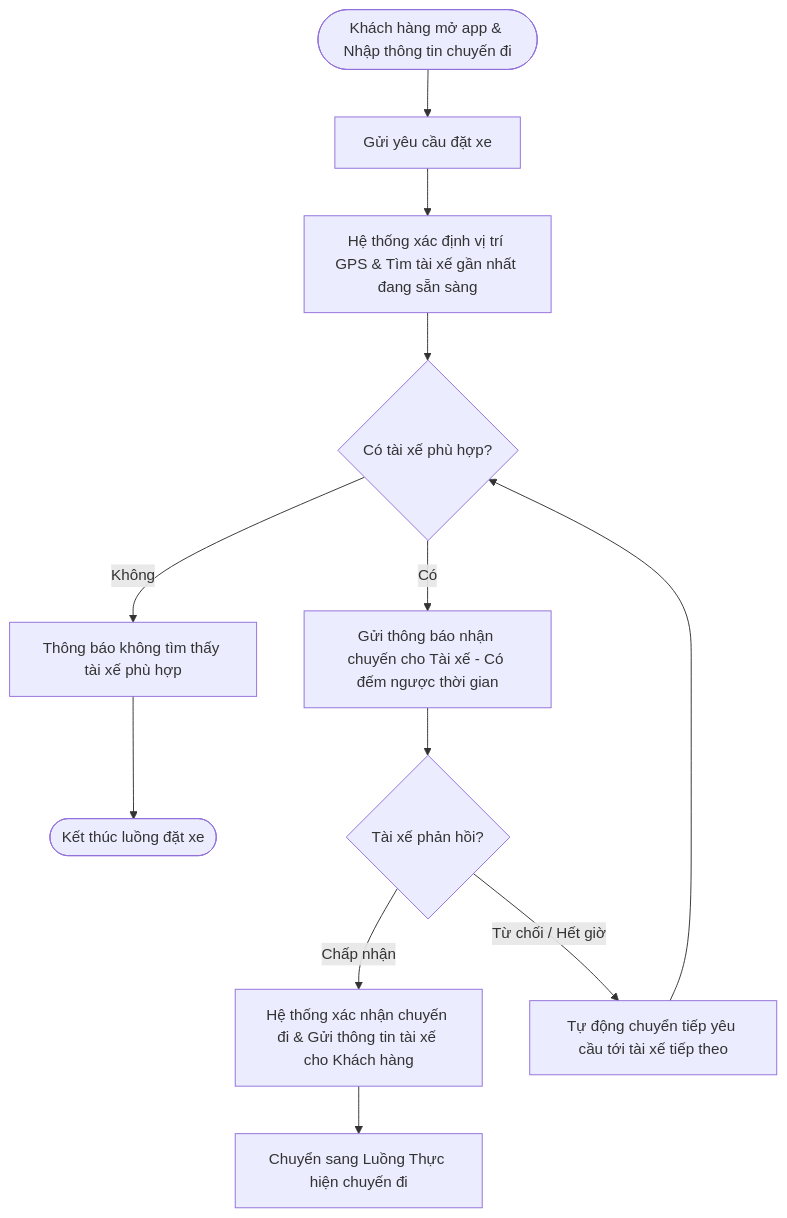
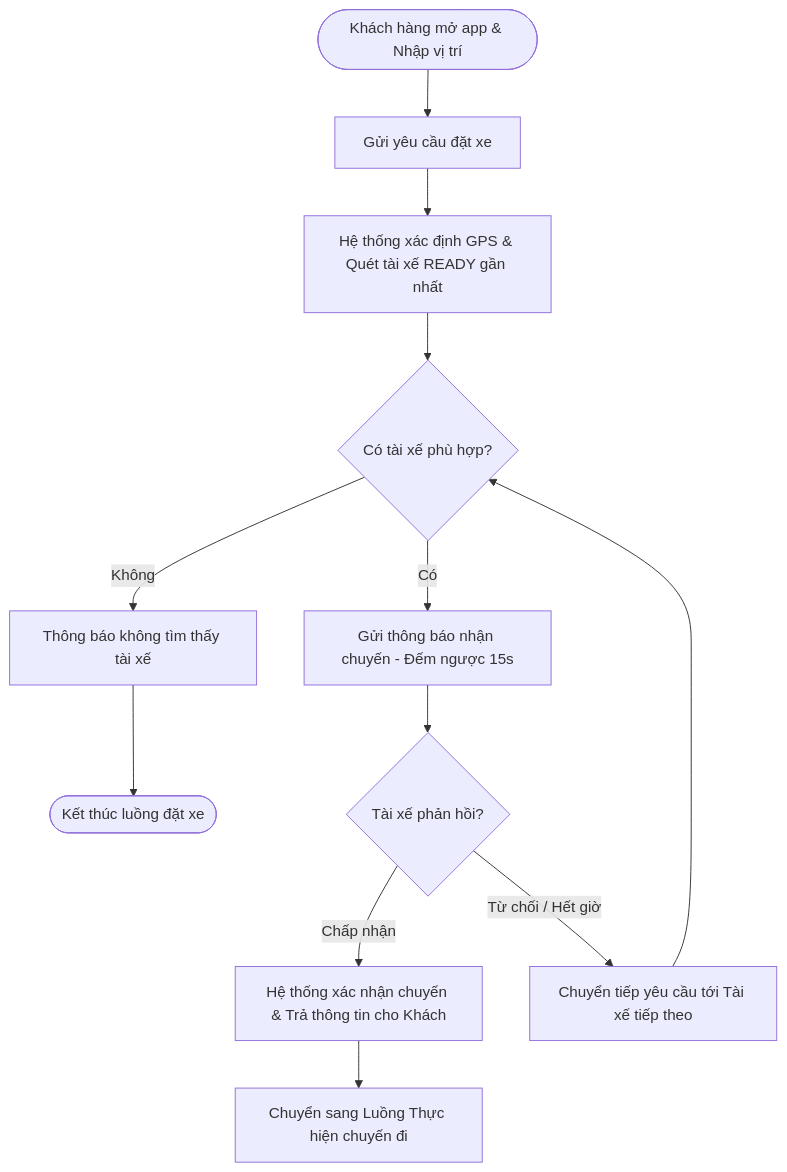
Before and after one commit to DuynDangHocBai/23720691_NguyenThiMyDUyen_CABSYSTEM: the third of 9 diagrams in srs.md, drawn with Mermaid. The commit also changed other lines of this file, not shown here.

First line of the commit message:
Revise process diagrams and descriptions in srs.md

````diff
--- a/srs.md
+++ b/srs.md
@@ -116,20 +111,20 @@
 ```mermaid
 flowchart TD
-    Start([Khách hàng mở app & Nhập thông tin chuyến đi]) --> Request[Gửi yêu cầu đặt xe]
-    Request --> FindDriver[Hệ thống xác định vị trí GPS & Tìm tài xế gần nhất đang sẵn sàng]
+    Start([Khách hàng mở app & Nhập vị trí]) --> Request[Gửi yêu cầu đặt xe]
+    Request --> FindDriver[Hệ thống xác định GPS & Quét tài xế READY gần nhất]
     
     FindDriver --> CheckFound{Có tài xế phù hợp?}
     
-    CheckFound -- Không --> NotifyNoDriver[Thông báo không tìm thấy tài xế phù hợp]
+    CheckFound -- Không --> NotifyNoDriver[Thông báo không tìm thấy tài xế]
     NotifyNoDriver --> EndNoDriver([Kết thúc luồng đặt xe])
 
-    CheckFound -- Có --> SendOffer[Gửi thông báo nhận chuyến cho Tài xế - Có đếm ngược thời gian]
+    CheckFound -- Có --> SendOffer[Gửi thông báo nhận chuyến - Đếm ngược 15s]
     
     SendOffer --> DriverResponse{Tài xế phản hồi?}
     
-    DriverResponse -- Chấp nhận --> ConfirmBooking[Hệ thống xác nhận chuyến đi & Gửi thông tin tài xế cho Khách hàng]
+    DriverResponse -- Chấp nhận --> ConfirmBooking[Hệ thống xác nhận chuyến & Trả thông tin cho Khách]
     ConfirmBooking --> Transition[Chuyển sang Luồng Thực hiện chuyến đi]
 
-    DriverResponse -- Từ chối / Hết giờ --> ForwardNext[Tự động chuyển tiếp yêu cầu tới tài xế tiếp theo]
+    DriverResponse -- Từ chối / Hết giờ --> ForwardNext[Chuyển tiếp yêu cầu tới Tài xế tiếp theo]
     ForwardNext --> CheckFound
 ```
````
